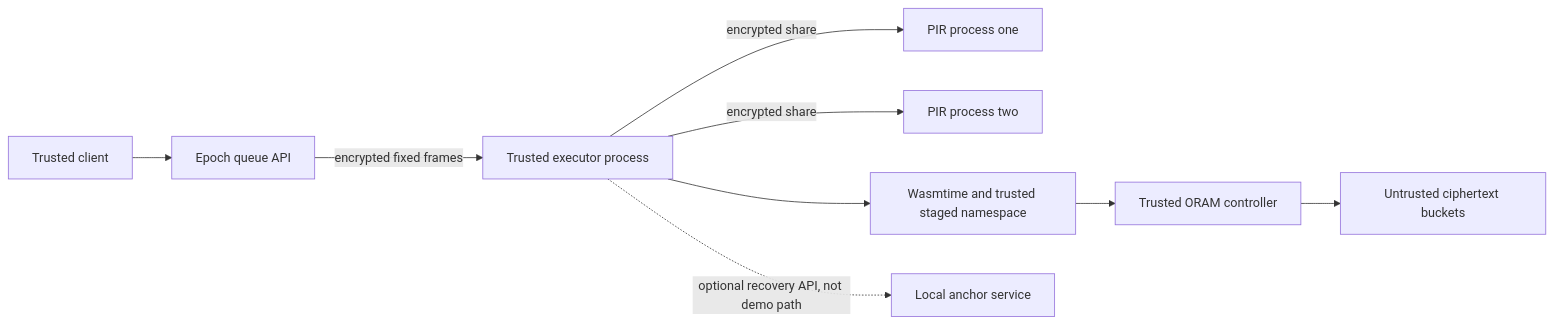
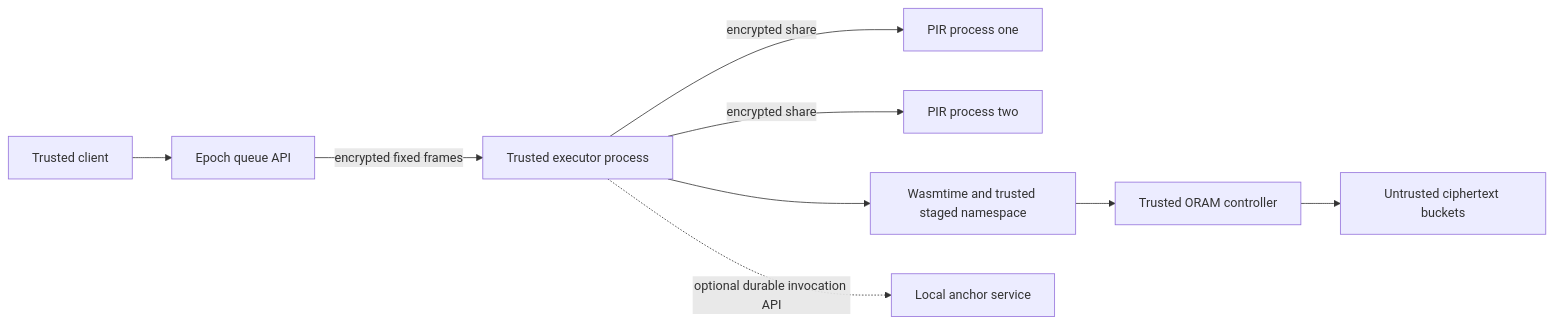
One commit to dumbly-smart/Oblivion changed the diagram in docs/THREAT_MODEL.md. Above: the diagram before and after it, drawn with Mermaid. The commit also changed other lines of this file and 7 other files, not shown here.

````diff
--- a/docs/THREAT_MODEL.md
+++ b/docs/THREAT_MODEL.md
@@ -9,11 +9,11 @@
 ```mermaid
 flowchart LR
   C[Trusted client] --> Q[Epoch queue API]
   Q -->|encrypted fixed frames| E[Trusted executor process]
   E -->|encrypted share| P1[PIR process one]
   E -->|encrypted share| P2[PIR process two]
   E --> W[Wasmtime and trusted staged namespace]
   W --> O[Trusted ORAM controller]
   O --> S[Untrusted ciphertext buckets]
-  E -. optional recovery API, not demo path .-> A[Local anchor service]
+  E -. optional durable invocation API .-> A[Local anchor service]
 ```
````
